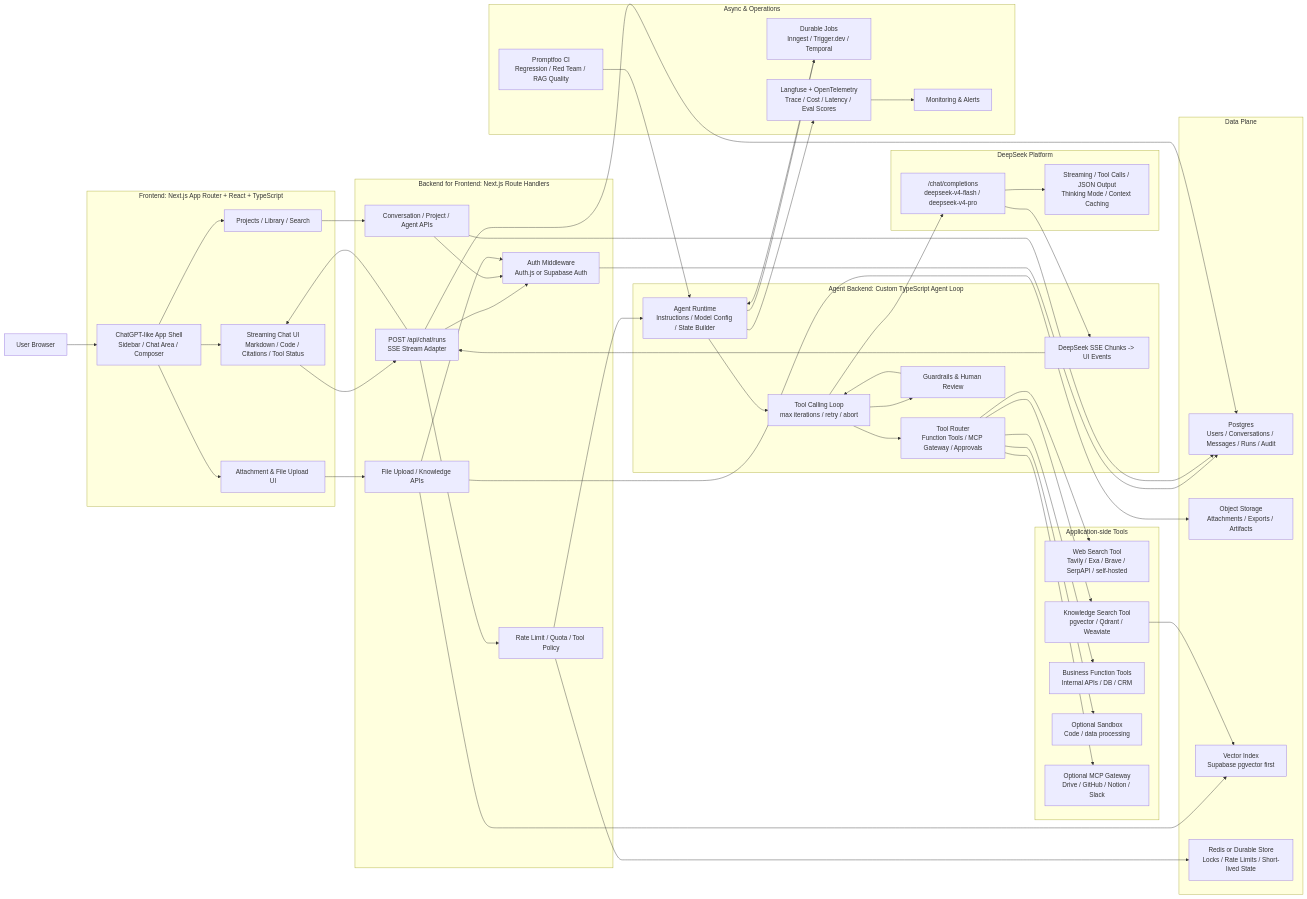
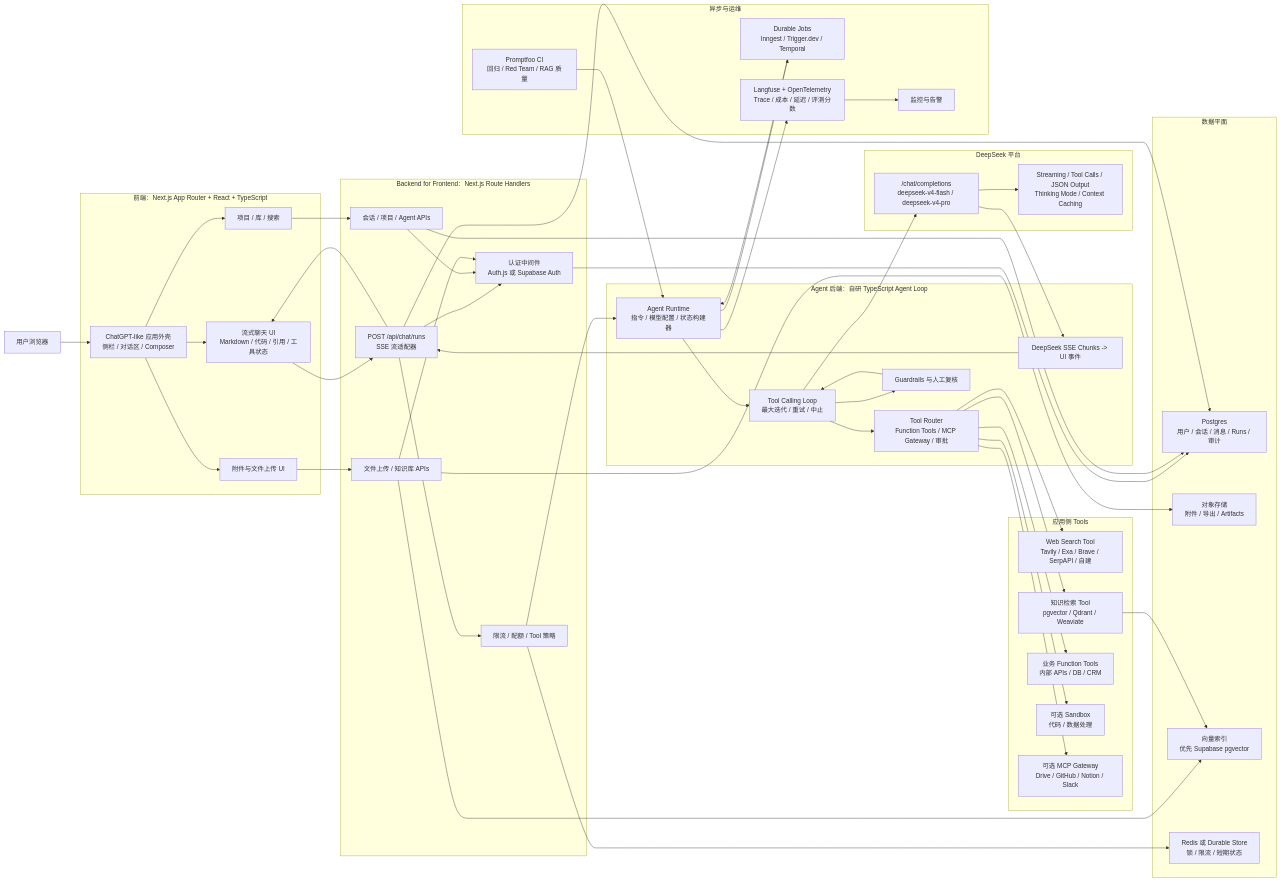
One commit to szy6007-a11y/my-agent changed the first of 3 diagrams in docs/TECH_ARCHITECTURE.md. Above: the diagram before and after it, drawn with Mermaid. The commit also changed other lines of this file and 13 other files, not shown here.

````diff
--- a/docs/TECH_ARCHITECTURE.md
+++ b/docs/TECH_ARCHITECTURE.md
@@ -10,55 +10,55 @@
 ```mermaid
 flowchart LR
-  User["User Browser"]
+  User["用户浏览器"]
 
-  subgraph FE["Frontend: Next.js App Router + React + TypeScript"]
-    Shell["ChatGPT-like App Shell<br/>Sidebar / Chat Area / Composer"]
-    ChatUI["Streaming Chat UI<br/>Markdown / Code / Citations / Tool Status"]
-    UploadUI["Attachment & File Upload UI"]
-    ProjectUI["Projects / Library / Search"]
+  subgraph FE["前端：Next.js App Router + React + TypeScript"]
+    Shell["ChatGPT-like 应用外壳<br/>侧栏 / 对话区 / Composer"]
+    ChatUI["流式聊天 UI<br/>Markdown / 代码 / 引用 / 工具状态"]
+    UploadUI["附件与文件上传 UI"]
+    ProjectUI["项目 / 库 / 搜索"]
   end
 
-  subgraph BFF["Backend for Frontend: Next.js Route Handlers"]
-    Auth["Auth Middleware<br/>Auth.js or Supabase Auth"]
-    ChatAPI["POST /api/chat/runs<br/>SSE Stream Adapter"]
-    ConvAPI["Conversation / Project / Agent APIs"]
-    FileAPI["File Upload / Knowledge APIs"]
-    Policy["Rate Limit / Quota / Tool Policy"]
+  subgraph BFF["Backend for Frontend：Next.js Route Handlers"]
+    Auth["认证中间件<br/>Auth.js 或 Supabase Auth"]
+    ChatAPI["POST /api/chat/runs<br/>SSE 流适配器"]
+    ConvAPI["会话 / 项目 / Agent APIs"]
+    FileAPI["文件上传 / 知识库 APIs"]
+    Policy["限流 / 配额 / Tool 策略"]
   end
 
-  subgraph Agent["Agent Backend: Custom TypeScript Agent Loop"]
-    Runtime["Agent Runtime<br/>Instructions / Model Config / State Builder"]
-    Loop["Tool Calling Loop<br/>max iterations / retry / abort"]
-    ToolRouter["Tool Router<br/>Function Tools / MCP Gateway / Approvals"]
-    Guardrails["Guardrails & Human Review"]
-    StreamMap["DeepSeek SSE Chunks -> UI Events"]
+  subgraph Agent["Agent 后端：自研 TypeScript Agent Loop"]
+    Runtime["Agent Runtime<br/>指令 / 模型配置 / 状态构建器"]
+    Loop["Tool Calling Loop<br/>最大迭代 / 重试 / 中止"]
+    ToolRouter["Tool Router<br/>Function Tools / MCP Gateway / 审批"]
+    Guardrails["Guardrails 与人工复核"]
+    StreamMap["DeepSeek SSE Chunks -> UI 事件"]
   end
 
-  subgraph DeepSeek["DeepSeek Platform"]
+  subgraph DeepSeek["DeepSeek 平台"]
     ChatCompletions["/chat/completions<br/>deepseek-v4-flash / deepseek-v4-pro"]
     Capabilities["Streaming / Tool Calls / JSON Output<br/>Thinking Mode / Context Caching"]
   end
 
-  subgraph Tools["Application-side Tools"]
-    WebSearch["Web Search Tool<br/>Tavily / Exa / Brave / SerpAPI / self-hosted"]
-    KnowledgeTool["Knowledge Search Tool<br/>pgvector / Qdrant / Weaviate"]
-    BusinessTools["Business Function Tools<br/>Internal APIs / DB / CRM"]
-    Sandbox["Optional Sandbox<br/>Code / data processing"]
-    MCP["Optional MCP Gateway<br/>Drive / GitHub / Notion / Slack"]
+  subgraph Tools["应用侧 Tools"]
+    WebSearch["Web Search Tool<br/>Tavily / Exa / Brave / SerpAPI / 自建"]
+    KnowledgeTool["知识检索 Tool<br/>pgvector / Qdrant / Weaviate"]
+    BusinessTools["业务 Function Tools<br/>内部 APIs / DB / CRM"]
+    Sandbox["可选 Sandbox<br/>代码 / 数据处理"]
+    MCP["可选 MCP Gateway<br/>Drive / GitHub / Notion / Slack"]
   end
 
-  subgraph Data["Data Plane"]
-    Postgres["Postgres<br/>Users / Conversations / Messages / Runs / Audit"]
-    ObjectStore["Object Storage<br/>Attachments / Exports / Artifacts"]
-    Vector["Vector Index<br/>Supabase pgvector first"]
-    Redis["Redis or Durable Store<br/>Locks / Rate Limits / Short-lived State"]
+  subgraph Data["数据平面"]
+    Postgres["Postgres<br/>用户 / 会话 / 消息 / Runs / 审计"]
+    ObjectStore["对象存储<br/>附件 / 导出 / Artifacts"]
+    Vector["向量索引<br/>优先 Supabase pgvector"]
+    Redis["Redis 或 Durable Store<br/>锁 / 限流 / 短期状态"]
   end
 
-  subgraph Async["Async & Operations"]
+  subgraph Async["异步与运维"]
     Jobs["Durable Jobs<br/>Inngest / Trigger.dev / Temporal"]
-    Observability["Langfuse + OpenTelemetry<br/>Trace / Cost / Latency / Eval Scores"]
-    Evals["Promptfoo CI<br/>Regression / Red Team / RAG Quality"]
-    Alerts["Monitoring & Alerts"]
+    Observability["Langfuse + OpenTelemetry<br/>Trace / 成本 / 延迟 / 评测分数"]
+    Evals["Promptfoo CI<br/>回归 / Red Team / RAG 质量"]
+    Alerts["监控与告警"]
   end
 
   User --> Shell
````
